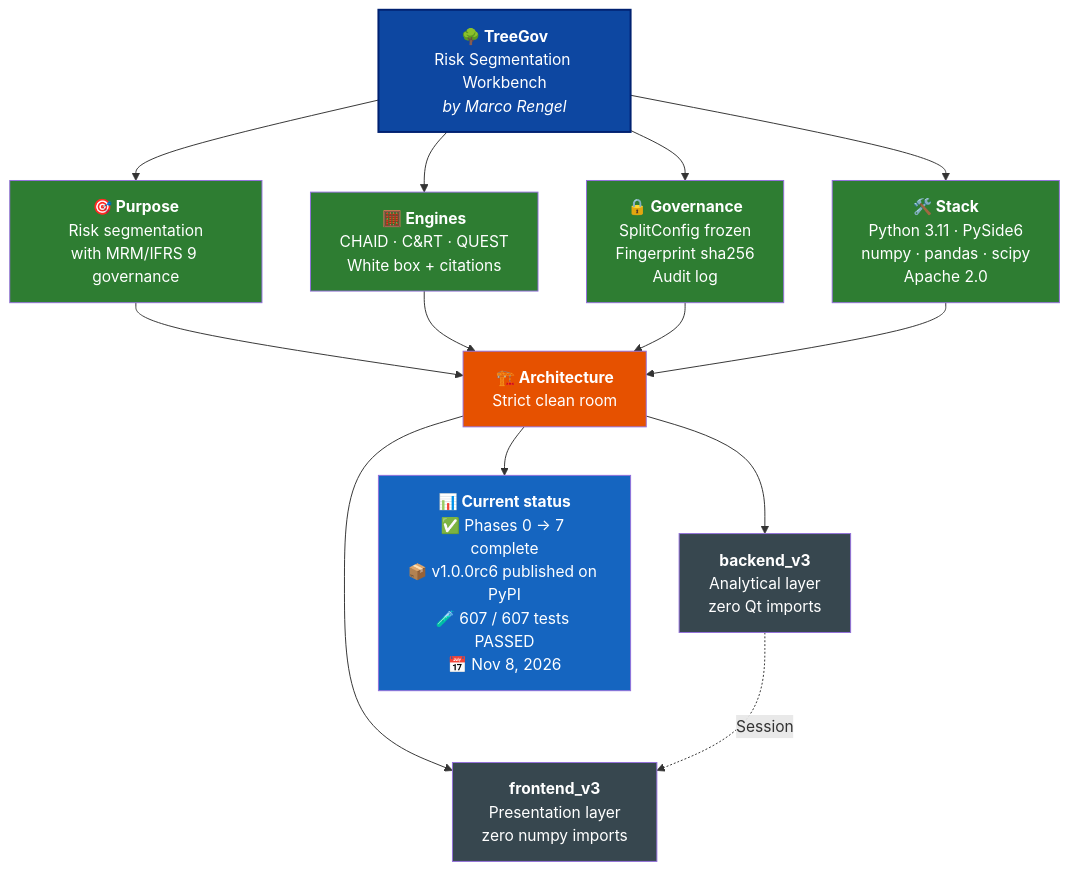
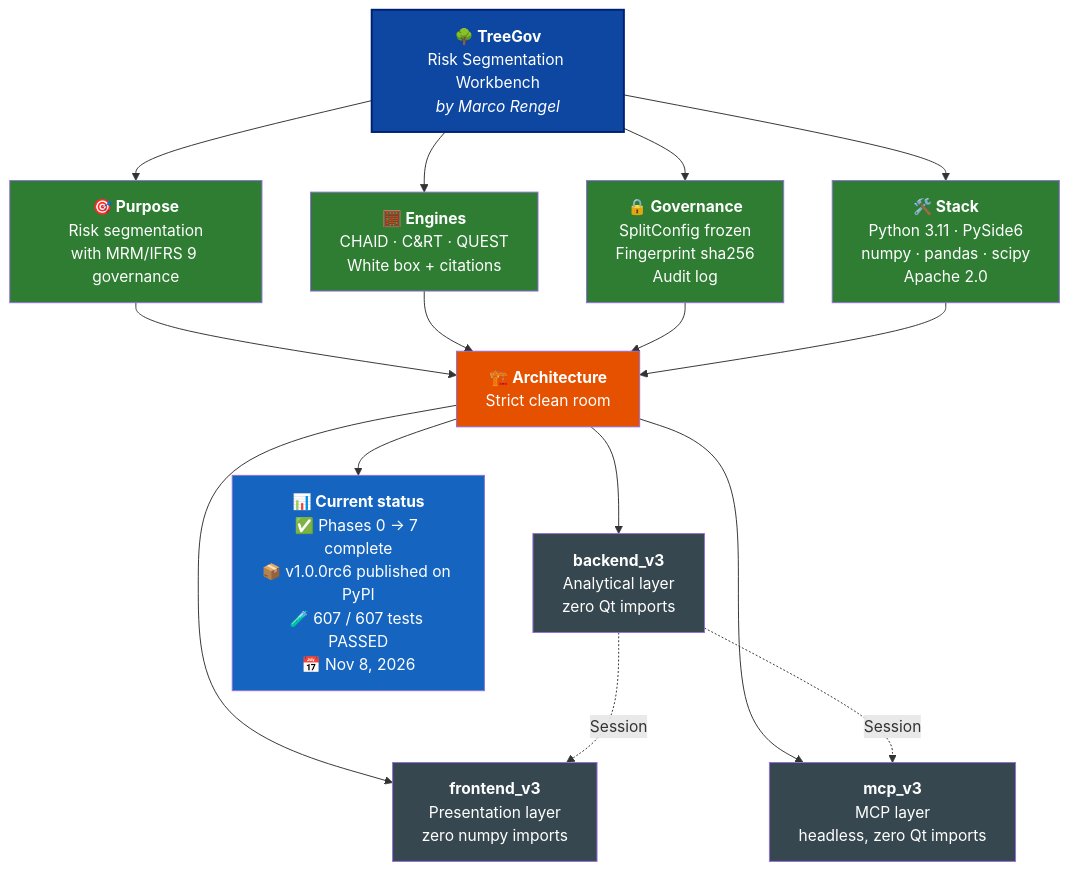
One commit to Marco-Rengel/treegov changed the diagram in README.md. Above: the diagram before and after it, drawn with Mermaid. The commit also changed other lines of this file and 26 other files, not shown here.

````diff
--- a/README.md
+++ b/README.md
@@ -38,31 +38,34 @@
 ```mermaid
 flowchart TB
     TG["<b>🌳 TreeGov</b><br/>Risk Segmentation Workbench<br/><i>by Marco Rengel</i>"]
 
     TG --> P["<b>🎯 Purpose</b><br/>Risk segmentation<br/>with MRM/IFRS 9 governance"]
     TG --> M["<b>🧮 Engines</b><br/>CHAID · C&RT · QUEST<br/>White box + citations"]
     TG --> G["<b>🔒 Governance</b><br/>SplitConfig frozen<br/>Fingerprint sha256<br/>Audit log"]
     TG --> S["<b>🛠️ Stack</b><br/>Python 3.11 · PySide6<br/>numpy · pandas · scipy<br/>Apache 2.0"]
 
     P --> ARQ["<b>🏗️ Architecture</b><br/>Strict clean room"]
     M --> ARQ
     G --> ARQ
     S --> ARQ
 
     ARQ --> BE["<b>backend_v3</b><br/>Analytical layer<br/>zero Qt imports"]
     ARQ --> FE["<b>frontend_v3</b><br/>Presentation layer<br/>zero numpy imports"]
+    ARQ --> MC["<b>mcp_v3</b><br/>MCP layer<br/>headless, zero Qt imports"]
 
     BE -.->|Session| FE
+    BE -.->|Session| MC
 
     ARQ --> ST["<b>📊 Current status</b><br/>✅ Phases 0 → 7 complete<br/>📦 v1.0.0rc6 published on PyPI<br/>🧪 607 / 607 tests PASSED<br/>📅 Nov 8, 2026"]
 
     style TG fill:#0D47A1,color:#fff,stroke:#002171,stroke-width:2px
     style P fill:#2E7D32,color:#fff
     style M fill:#2E7D32,color:#fff
     style G fill:#2E7D32,color:#fff
     style S fill:#2E7D32,color:#fff
     style ARQ fill:#E65100,color:#fff
     style BE fill:#37474F,color:#fff
     style FE fill:#37474F,color:#fff
+    style MC fill:#37474F,color:#fff
     style ST fill:#1565C0,color:#fff
 ```
````
